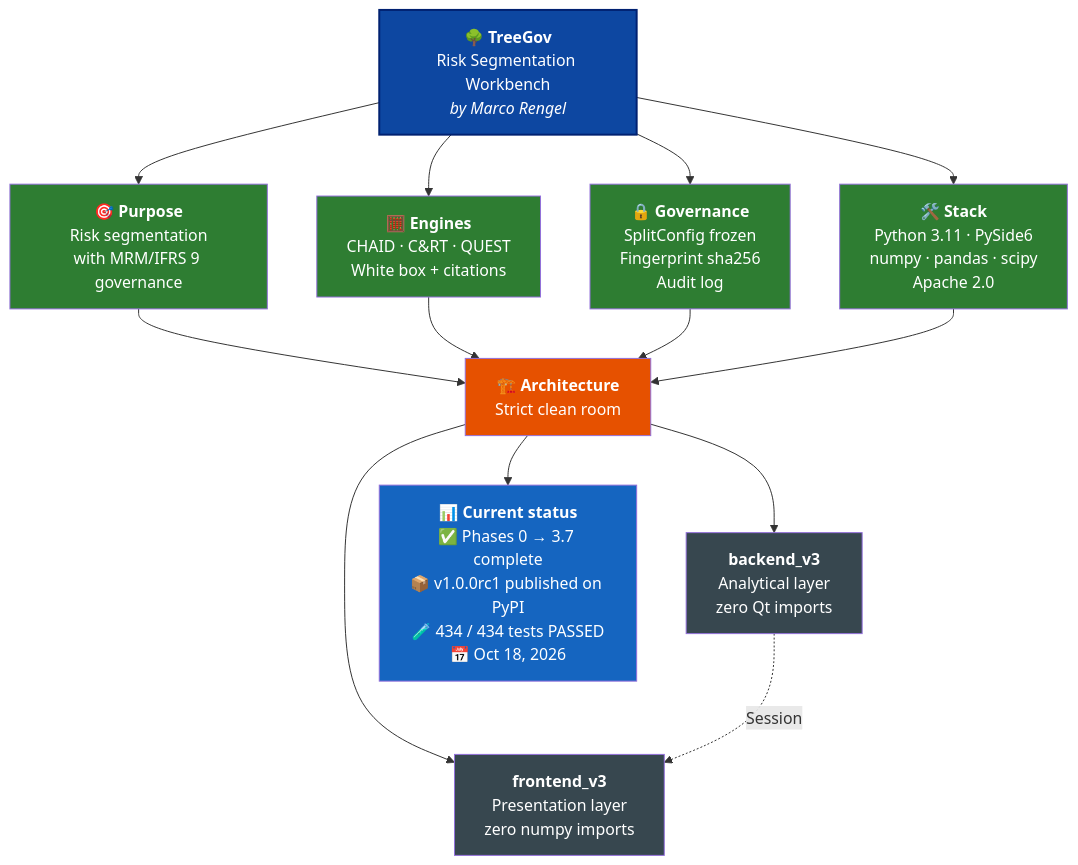
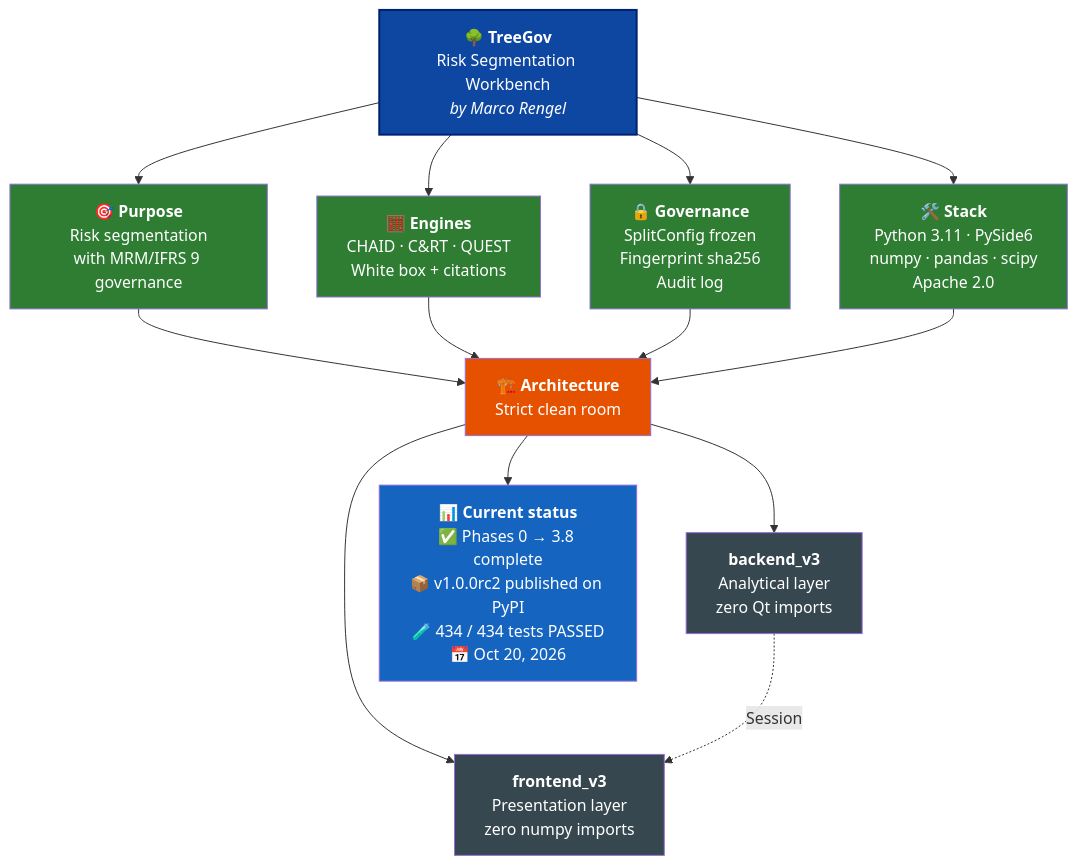
One commit to Marco-Rengel/treegov changed the diagram in README.md. Above: the diagram before and after it, drawn with Mermaid. The commit also changed other lines of this file and 7 other files, not shown here.

````diff
--- a/README.md
+++ b/README.md
@@ -36,31 +36,31 @@
 ```mermaid
 flowchart TB
     TG["<b>🌳 TreeGov</b><br/>Risk Segmentation Workbench<br/><i>by Marco Rengel</i>"]
 
     TG --> P["<b>🎯 Purpose</b><br/>Risk segmentation<br/>with MRM/IFRS 9 governance"]
     TG --> M["<b>🧮 Engines</b><br/>CHAID · C&RT · QUEST<br/>White box + citations"]
     TG --> G["<b>🔒 Governance</b><br/>SplitConfig frozen<br/>Fingerprint sha256<br/>Audit log"]
     TG --> S["<b>🛠️ Stack</b><br/>Python 3.11 · PySide6<br/>numpy · pandas · scipy<br/>Apache 2.0"]
 
     P --> ARQ["<b>🏗️ Architecture</b><br/>Strict clean room"]
     M --> ARQ
     G --> ARQ
     S --> ARQ
 
     ARQ --> BE["<b>backend_v3</b><br/>Analytical layer<br/>zero Qt imports"]
     ARQ --> FE["<b>frontend_v3</b><br/>Presentation layer<br/>zero numpy imports"]
 
     BE -.->|Session| FE
 
-    ARQ --> ST["<b>📊 Current status</b><br/>✅ Phases 0 → 3.7 complete<br/>📦 v1.0.0rc1 published on PyPI<br/>🧪 434 / 434 tests PASSED<br/>📅 Oct 18, 2026"]
+    ARQ --> ST["<b>📊 Current status</b><br/>✅ Phases 0 → 3.8 complete<br/>📦 v1.0.0rc2 published on PyPI<br/>🧪 434 / 434 tests PASSED<br/>📅 Oct 20, 2026"]
 
     style TG fill:#0D47A1,color:#fff,stroke:#002171,stroke-width:2px
     style P fill:#2E7D32,color:#fff
     style M fill:#2E7D32,color:#fff
     style G fill:#2E7D32,color:#fff
     style S fill:#2E7D32,color:#fff
     style ARQ fill:#E65100,color:#fff
     style BE fill:#37474F,color:#fff
     style FE fill:#37474F,color:#fff
     style ST fill:#1565C0,color:#fff
 ```
````
